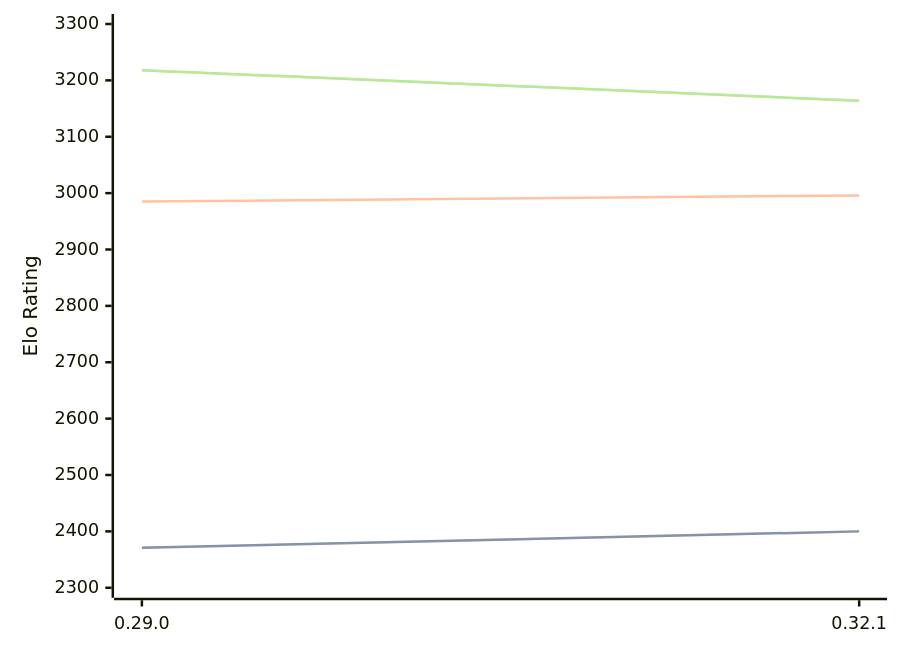
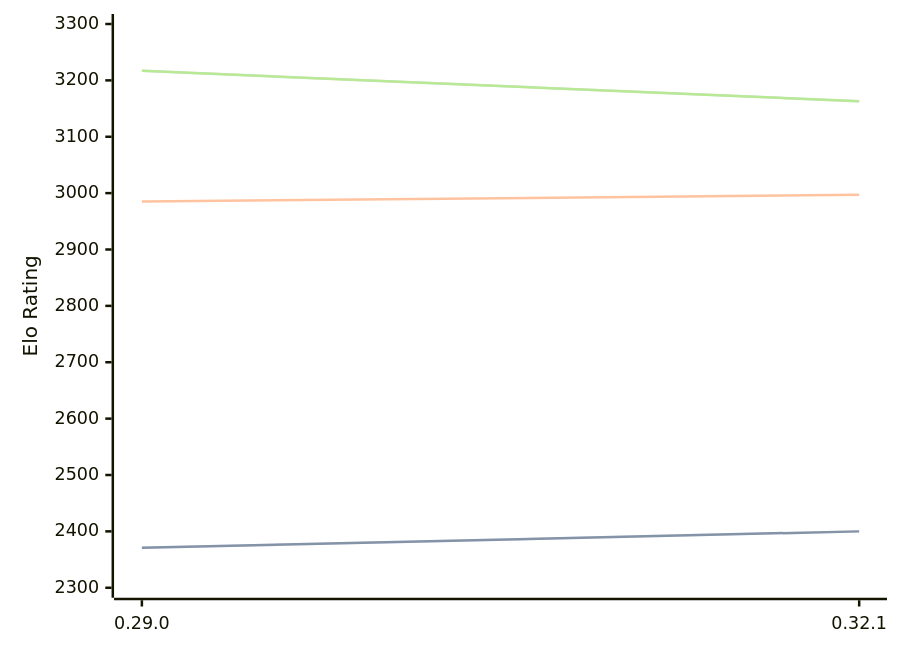
One commit to computer-chess-index/cci changed the third of 3 diagrams in engines/Lc0.md. Above: the diagram before and after it, drawn with Mermaid. The commit also changed other lines of this file, not shown here.

Commit message:
Update CCI Ratings (ELO VLTC) - 2026-07-09

````diff
--- a/engines/Lc0.md
+++ b/engines/Lc0.md
@@ -101,11 +101,11 @@
 ```mermaid
 %%{init: {"theme":"base","themeVariables":{"seriesColors:['#a3a3a3','#222221','#faa371']}}}%%
 xychart-beta
   x-axis ["0.29.0", "0.32.1"]
   y-axis "Elo Rating" 2300 --> 3300
   line "STC (8.0+0.08s)" [2371, 2400]
   line "STC (8.0+0.08s)" [2371, 2400]
-  line "LTC (60.0+0.60s)" [2985, 2996]
-  line "VLTC (2m24s+1.12s)" [3218, 3164]
-  line "VLTC (2m24s+1.12s)" [3218, 3164]
+  line "LTC (60.0+0.60s)" [2985, 2997]
+  line "VLTC (2m24s+1.12s)" [3217, 3163]
+  line "VLTC (2m24s+1.12s)" [3217, 3163]
 ```
````
